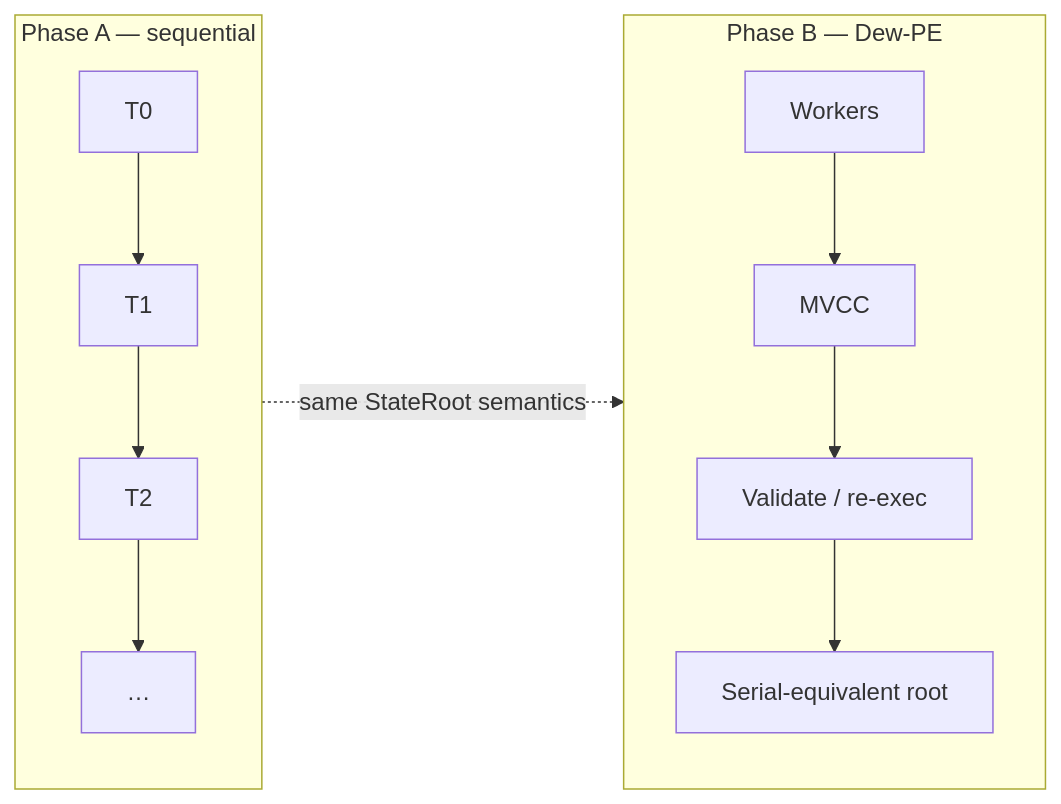
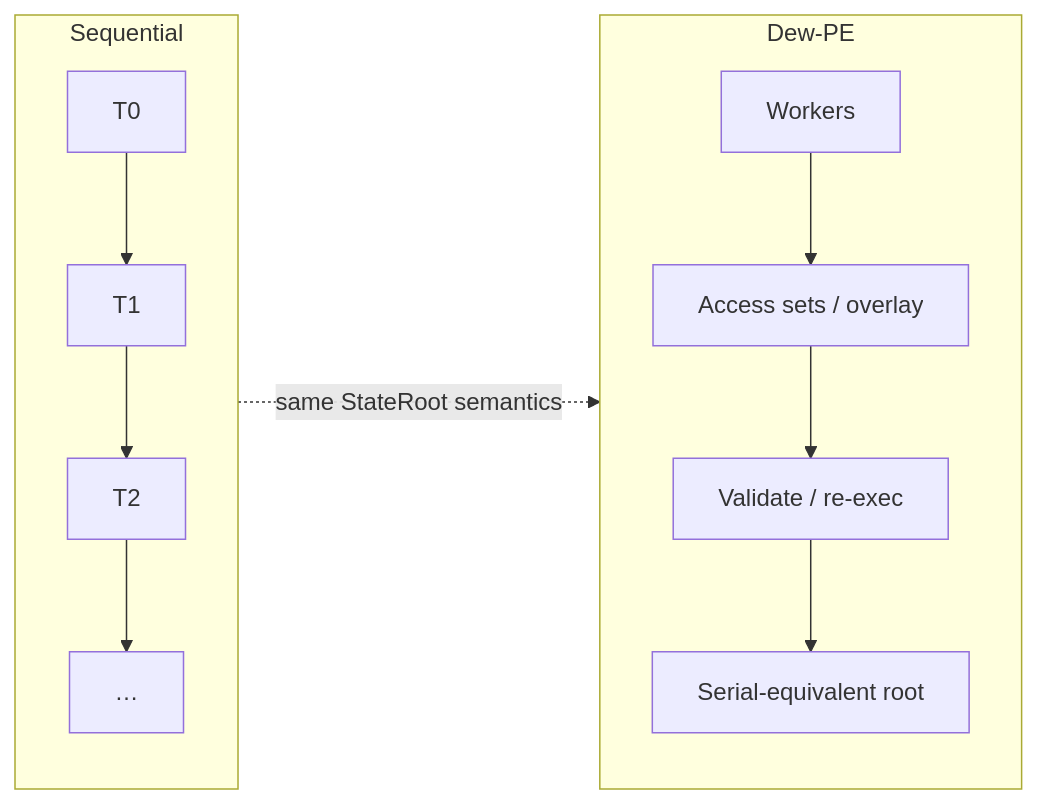
Before and after one commit to dewnetwork/dew: the first of 2 diagrams in docs/execution/overview.md, drawn with Mermaid. The commit also changed other lines of this file and 13 other files, not shown here.

````diff
--- a/docs/execution/overview.md
+++ b/docs/execution/overview.md
@@ -46,14 +46,14 @@
 ```mermaid
 flowchart LR
-  subgraph PhaseA["Phase A — sequential"]
+  subgraph Seq["Sequential"]
     direction TB
     A1[T0] --> A2[T1] --> A3[T2] --> A4[…]
   end
-  subgraph PhaseB["Phase B — Dew-PE"]
+  subgraph PE["Dew-PE"]
     direction TB
-    B1[Workers] --> B2[MVCC]
+    B1[Workers] --> B2[Access sets / overlay]
     B2 --> B3[Validate / re-exec]
     B3 --> B4[Serial-equivalent root]
   end
-  PhaseA -.->|same StateRoot semantics| PhaseB
+  Seq -.->|same StateRoot semantics| PE
 ```
````
